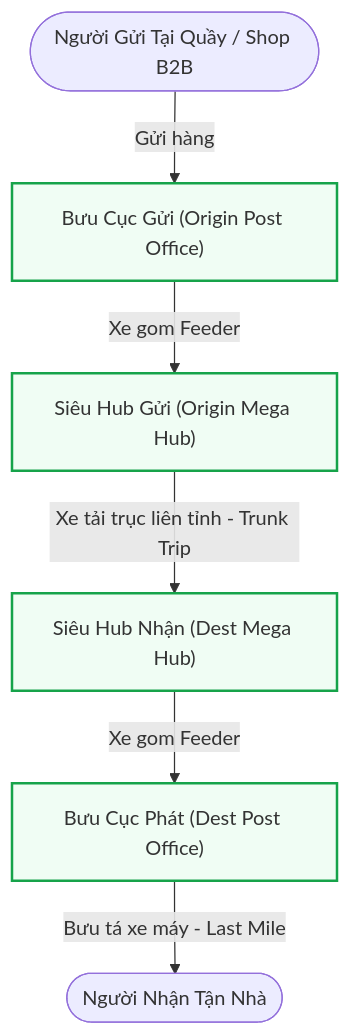
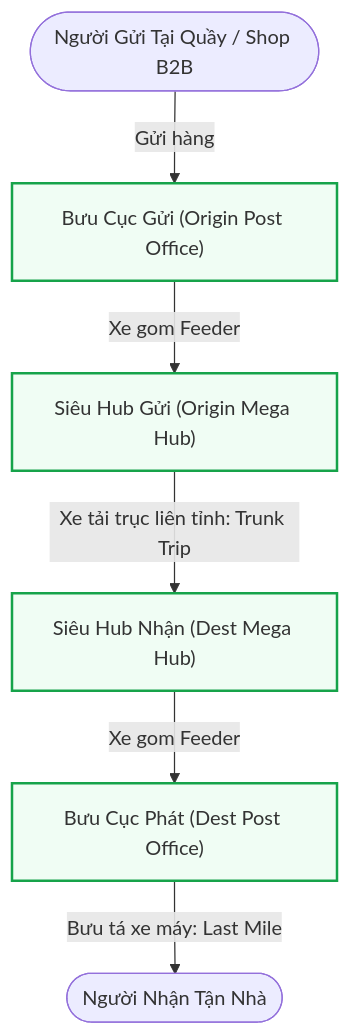
One commit to Khanhnv26/Mini-Waybill-Platform---VNPT-Cloud changed the first of 2 diagrams in docs/04-logistics-domain-and-rbac-station-context.md. Above: the diagram before and after it, drawn with Mermaid. The commit also changed 7 other files, not shown here.

````diff
--- a/docs/04-logistics-domain-and-rbac-station-context.md
+++ b/docs/04-logistics-domain-and-rbac-station-context.md
@@ -11,11 +11,11 @@
 ```mermaid
 flowchart TD
-    Sender([Người Gửi Tại Quầy / Shop B2B]) -->|Gửi hàng| OriginPO["Bưu Cục Gửi (Origin Post Office)"]
-    OriginPO -->|Xe gom Feeder| OriginHub["Siêu Hub Gửi (Origin Mega Hub)"]
-    OriginHub -->|Xe tải trục liên tỉnh - Trunk Trip| DestHub["Siêu Hub Nhận (Dest Mega Hub)"]
-    DestHub -->|Xe gom Feeder| DestPO["Bưu Cục Phát (Dest Post Office)"]
-    DestPO -->|Bưu tá xe máy - Last Mile| Receiver([Người Nhận Tận Nhà])
+    Sender([Người Gửi Tại Quầy / Shop B2B]) -->|"Gửi hàng"| OriginPO["Bưu Cục Gửi (Origin Post Office)"]
+    OriginPO -->|"Xe gom Feeder"| OriginHub["Siêu Hub Gửi (Origin Mega Hub)"]
+    OriginHub -->|"Xe tải trục liên tỉnh: Trunk Trip"| DestHub["Siêu Hub Nhận (Dest Mega Hub)"]
+    DestHub -->|"Xe gom Feeder"| DestPO["Bưu Cục Phát (Dest Post Office)"]
+    DestPO -->|"Bưu tá xe máy: Last Mile"| Receiver([Người Nhận Tận Nhà])
 
     classDef station fill:#f0fdf4,stroke:#16a34a,stroke-width:2px;
     class OriginPO,OriginHub,DestHub,DestPO station;
 ```
````
